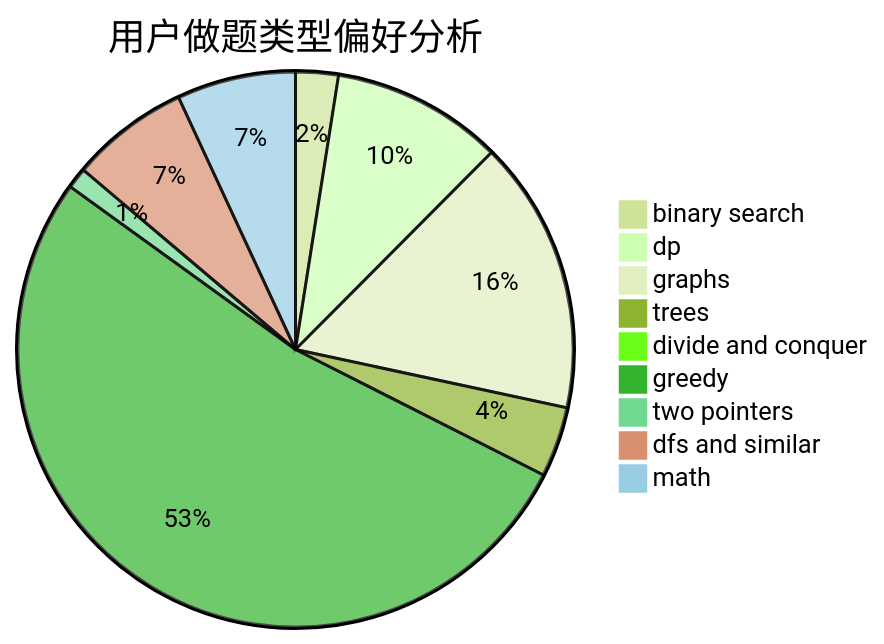
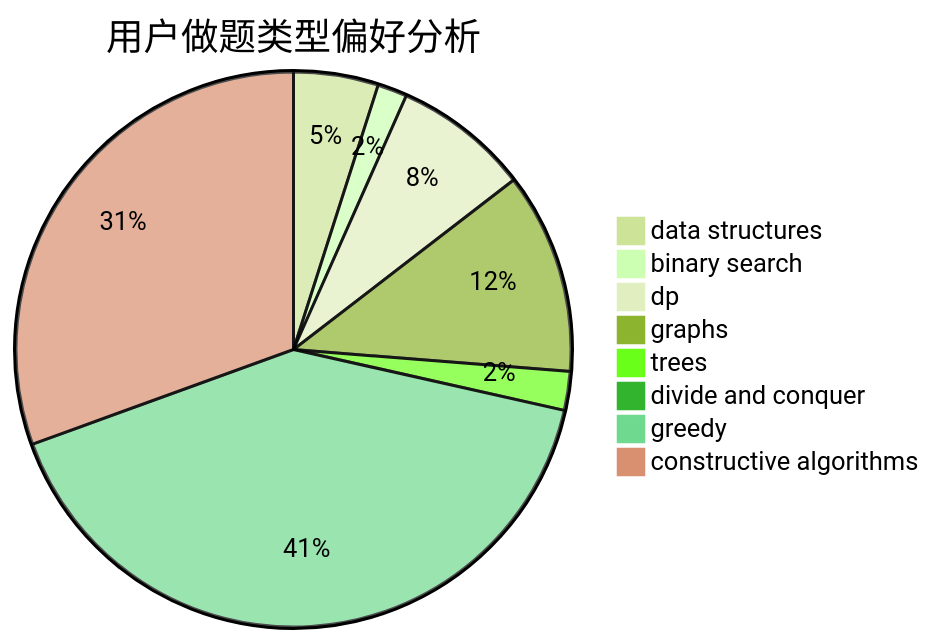
One commit to sherpahu/cfrs.github.io changed the second of 3 diagrams in docs/user/u1642.md. Above: the diagram before and after it, drawn with Mermaid (forest theme). The commit also changed other lines of this file and 2775 other files, not shown here.

````diff
--- a/docs/user/u1642.md
+++ b/docs/user/u1642.md
@@ -23,12 +23,11 @@
 ```mermaid
 pie title 用户做题类型偏好分析
-    "binary search" :  51
-    "dp" :  205
-    "graphs" :  327
-    "trees" :  84
+    "data structures" :  83
+    "binary search" :  29
+    "dp" :  133
+    "graphs" :  197
+    "trees" :  38
     "divide and conquer" :  0
-    "greedy" :  1079
-    "two pointers" :  25
-    "dfs and similar" :  142
-    "math" :  142
+    "greedy" :  689
+    "constructive algorithms" :  514
 ```
````
